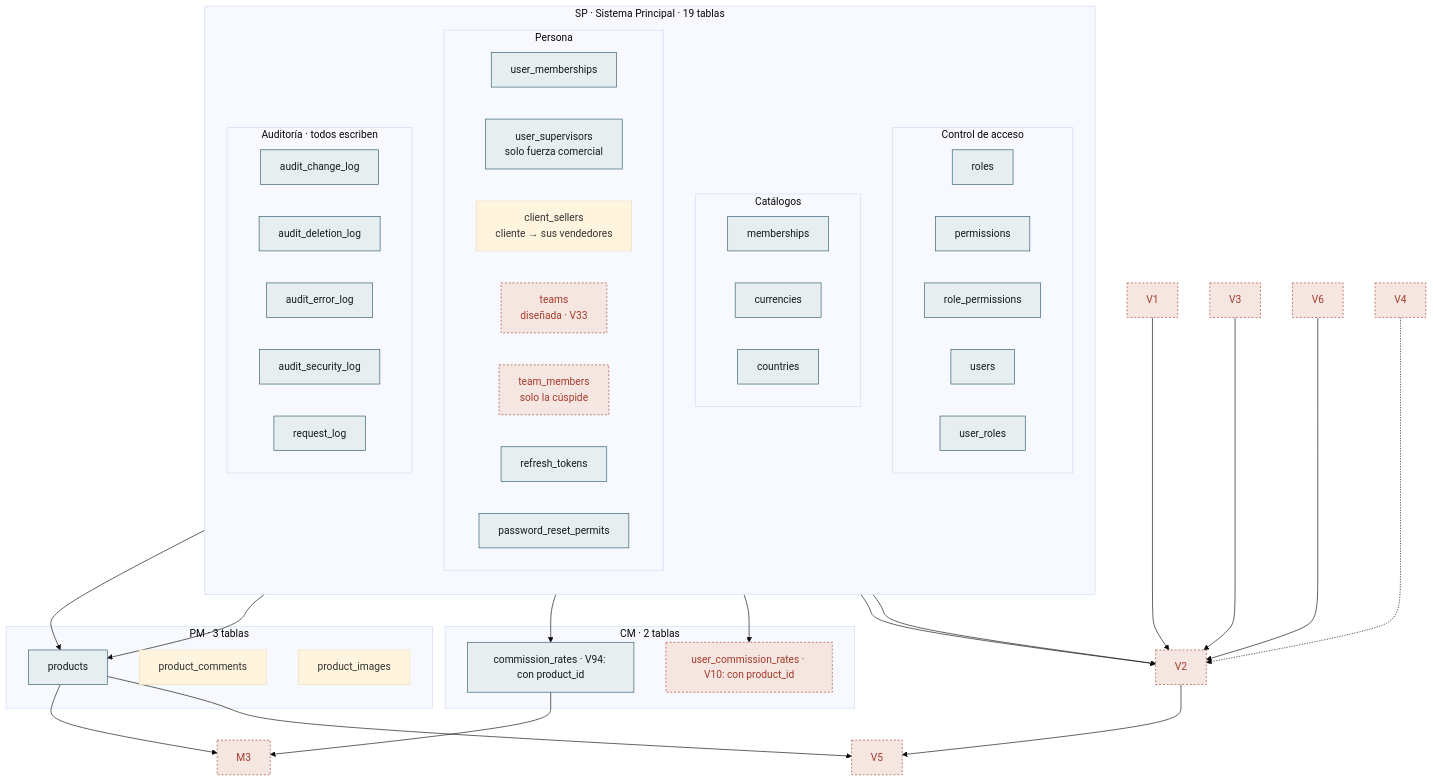
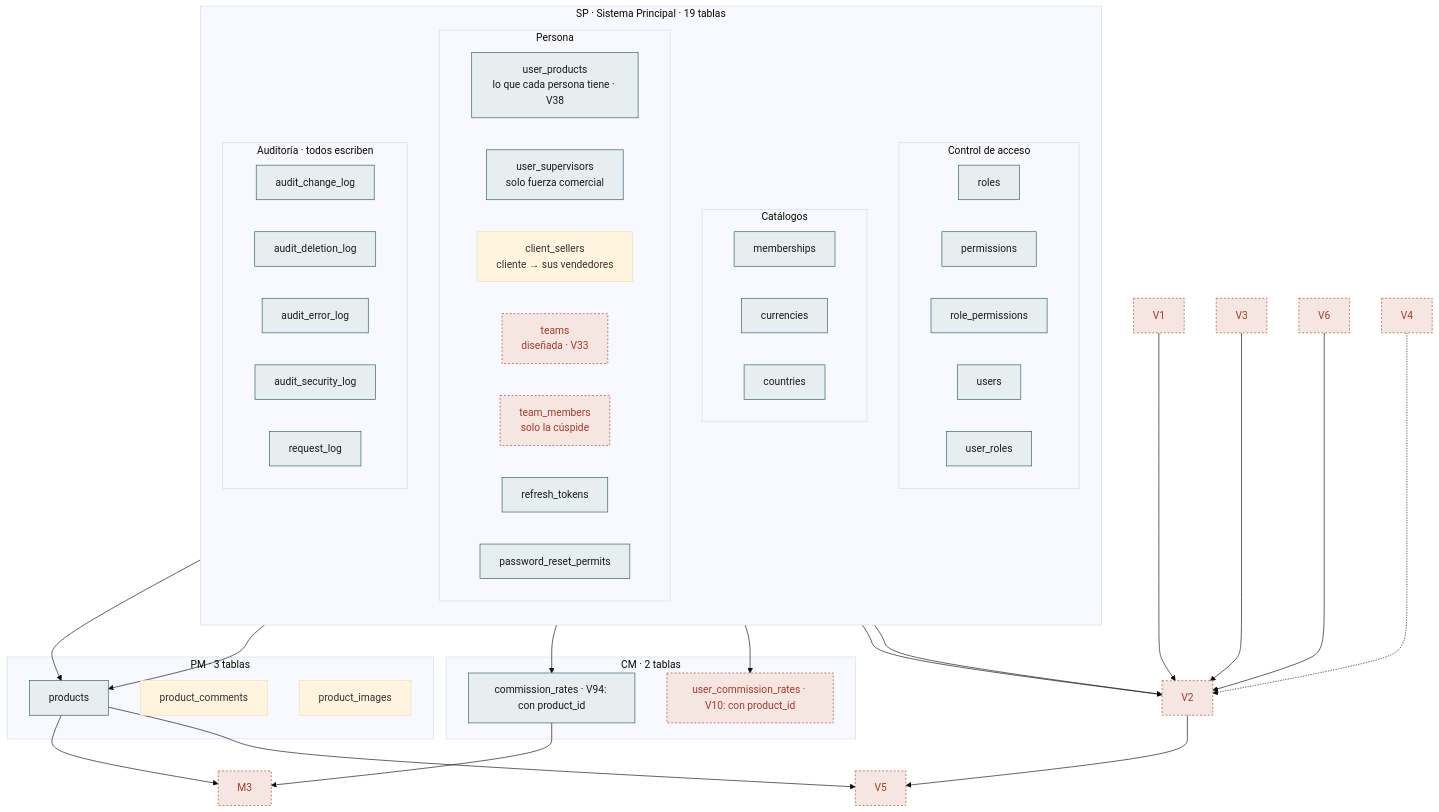
One commit to NexusPro-Dev/backend changed the sixth of 6 diagrams in docs/modelo-datos.md. Above: the diagram before and after it, drawn with Mermaid (base theme). The commit also changed other lines of this file and 31 other files, not shown here.

First line of the commit message:
docs(sp,mv): user_memberships pasa a user_products — RN-SP-056 y RN-MV-036

````diff
--- a/docs/modelo-datos.md
+++ b/docs/modelo-datos.md
@@ -788,72 +791,72 @@
 ```mermaid
 flowchart TB
     subgraph SP["SP · Sistema Principal · 19 tablas"]
         direction TB
         subgraph ACC["Control de acceso"]
             direction LR
             A1["roles"]
             A2["permissions"]
             A3["role_permissions"]
             C1["users"]
             C2["user_roles"]
         end
         subgraph CAT["Catálogos"]
             direction LR
             A4["memberships"]
             A5["currencies"]
             A6["countries"]
         end
         subgraph PER["Persona"]
             direction LR
-            C6["user_memberships"]
+            C6["user_products<br/>lo que cada persona tiene · V38"]
             C4["user_supervisors<br/>solo fuerza comercial"]
             C7["client_sellers<br/>cliente → sus vendedores"]
             C8["teams<br/>diseñada · V33"]
             C9["team_members<br/>solo la cúspide"]
             C3["refresh_tokens"]
             C5["password_reset_permits"]
         end
         subgraph AUD["Auditoría · todos escriben"]
             direction LR
             B1["audit_change_log"]
             B2["audit_deletion_log"]
             B3["audit_error_log"]
             B4["audit_security_log"]
             OBS["request_log"]
         end
     end
 
     subgraph PM["PM · 3 tablas"]
         P1["products"]
         P2["product_comments"]
         P3["product_images"]
     end
 
     subgraph CM["CM · 2 tablas"]
         M1["commission_rates · V94: con product_id"]
         M2["user_commission_rates · V10: con product_id"]
     end
 
 
     A4 --> P1
     A5 --> P1
     A1 --> M1
     M1 --> M3
     P1 --> M3
     C1 --> M2
     V2 --> V5
     P1 --> V5
     C1 --> V2
     A5 --> V2
     V1 --> V2
     V3 --> V2
     V6 --> V2
     V4 -.-> V2
 
     classDef escrita fill:#e7eef0,stroke:#2d5a6b,color:#151b1e
     classDef disenada fill:#f6e6e2,stroke:#a33b2a,stroke-dasharray:3 3,color:#a33b2a
     class A1,A2,A3,A4,A5,A6,B1,B2,B3,B4,C1,C2,C3,C4,C5,C6,OBS,P1,M1 escrita
     class C8,C9 disenada
     class M2,M3 disenada
     class V1,V2,V3,V4,V5,V6 disenada
 ```
````
